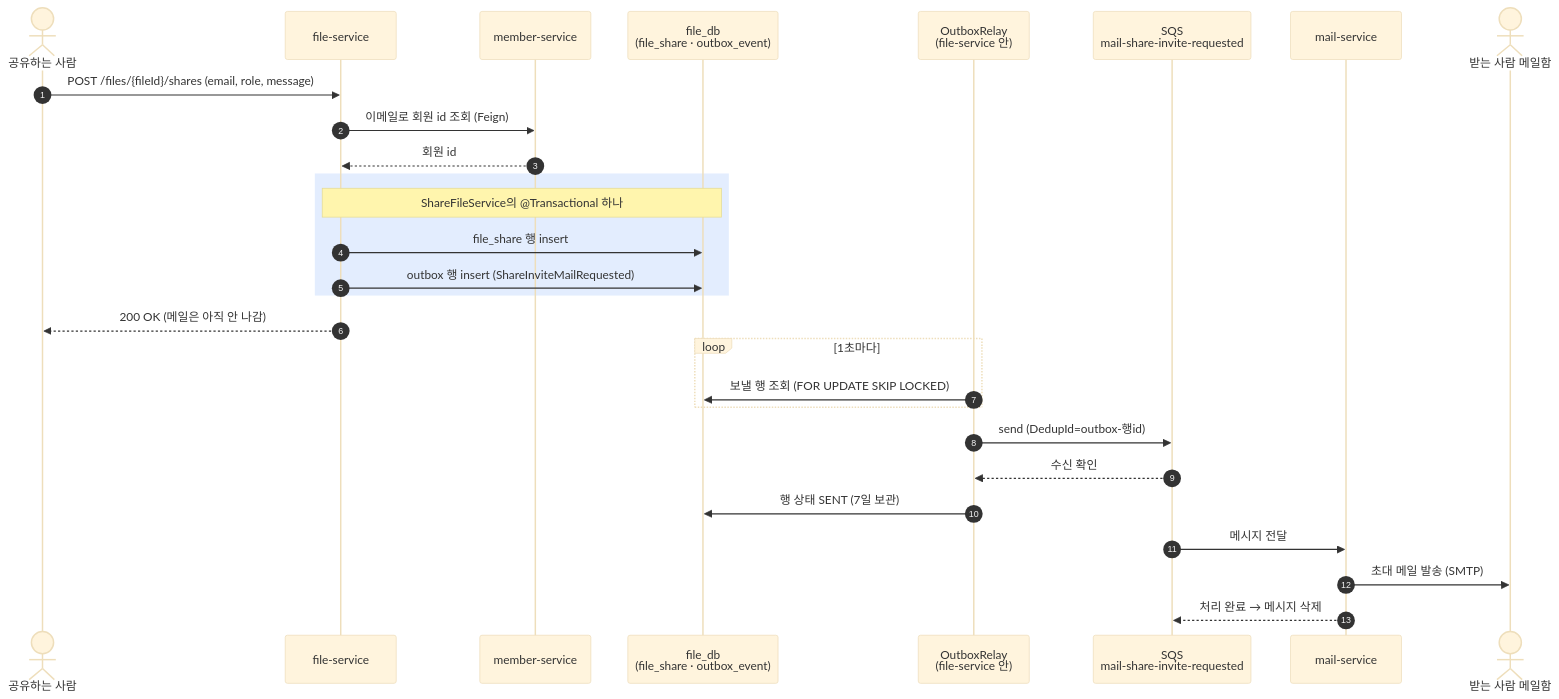
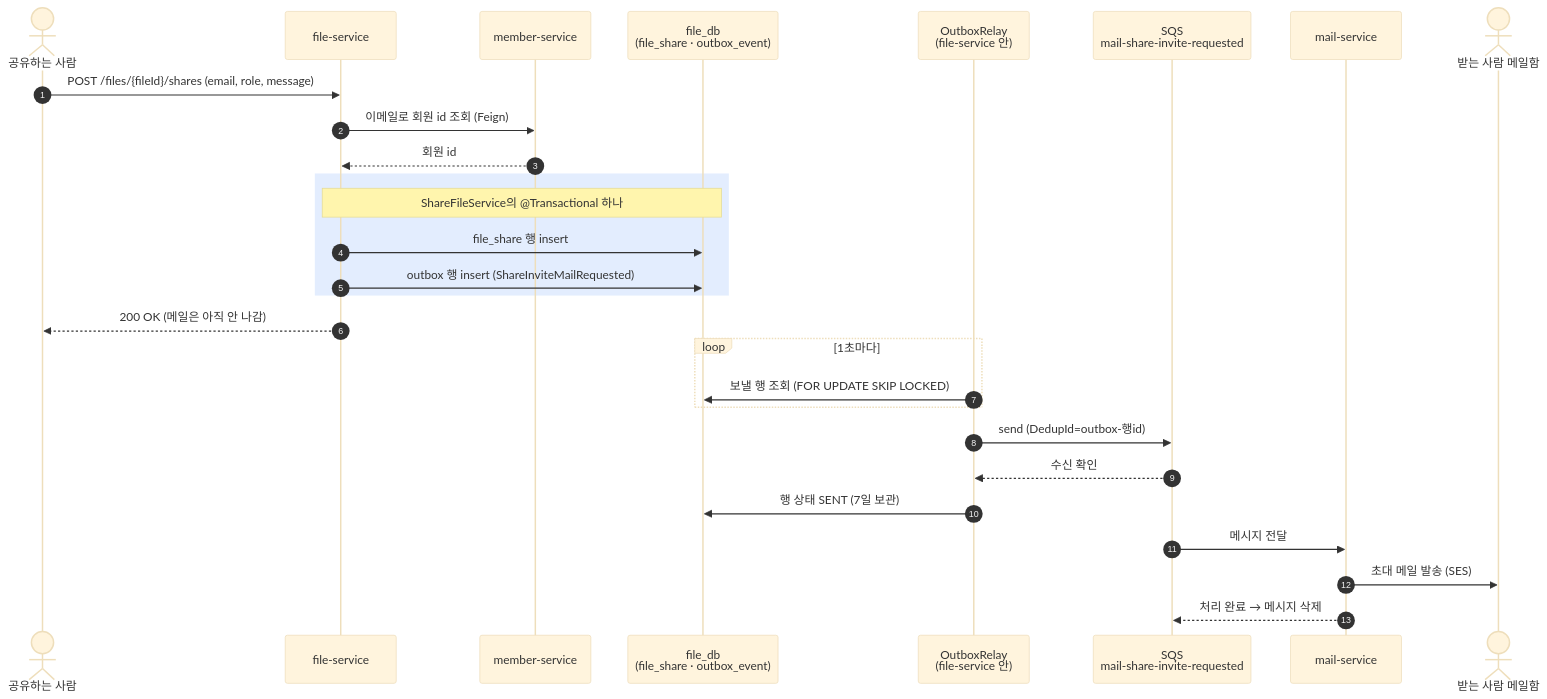
Before and after one commit to rivertw777/ModuDrive-API: the second of 6 diagrams in .docs/spec/005-messaging-spec.md, drawn with Mermaid (base theme). The commit also changed other lines of this file and 34 other files, not shown here.

````diff
--- a/.docs/spec/005-messaging-spec.md
+++ b/.docs/spec/005-messaging-spec.md
@@ -160,33 +160,33 @@
 ```mermaid
 sequenceDiagram
     autonumber
     actor O as 공유하는 사람
     participant F as file-service
     participant M as member-service
     participant DB as file_db<br/>(file_share · outbox_event)
     participant RL as OutboxRelay<br/>(file-service 안)
     participant Q as SQS<br/>mail-share-invite-requested
     participant ML as mail-service
     actor R as 받는 사람 메일함
 
     O->>F: POST /files/{fileId}/shares (email, role, message)
     F->>M: 이메일로 회원 id 조회 (Feign)
     M-->>F: 회원 id
     rect rgba(66, 133, 244, 0.15)
     note over F,DB: ShareFileService의 @Transactional 하나
     F->>DB: file_share 행 insert
     F->>DB: outbox 행 insert (ShareInviteMailRequested)
     end
     F-->>O: 200 OK (메일은 아직 안 나감)
 
     loop 1초마다
         RL->>DB: 보낼 행 조회 (FOR UPDATE SKIP LOCKED)
     end
     RL->>Q: send (DedupId=outbox-행id)
     Q-->>RL: 수신 확인
     RL->>DB: 행 상태 SENT (7일 보관)
 
     Q->>ML: 메시지 전달
-    ML->>R: 초대 메일 발송 (SMTP)
+    ML->>R: 초대 메일 발송 (SES)
     ML-->>Q: 처리 완료 → 메시지 삭제
 ```
````
